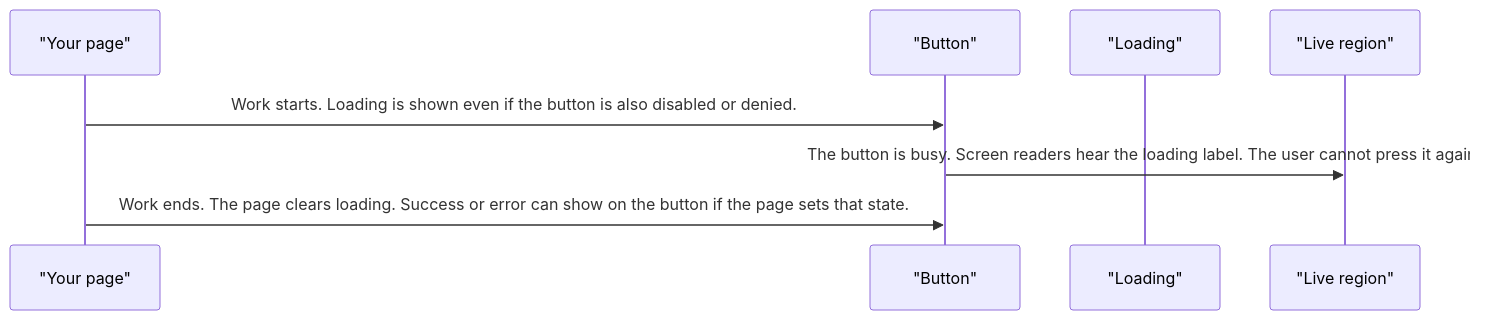
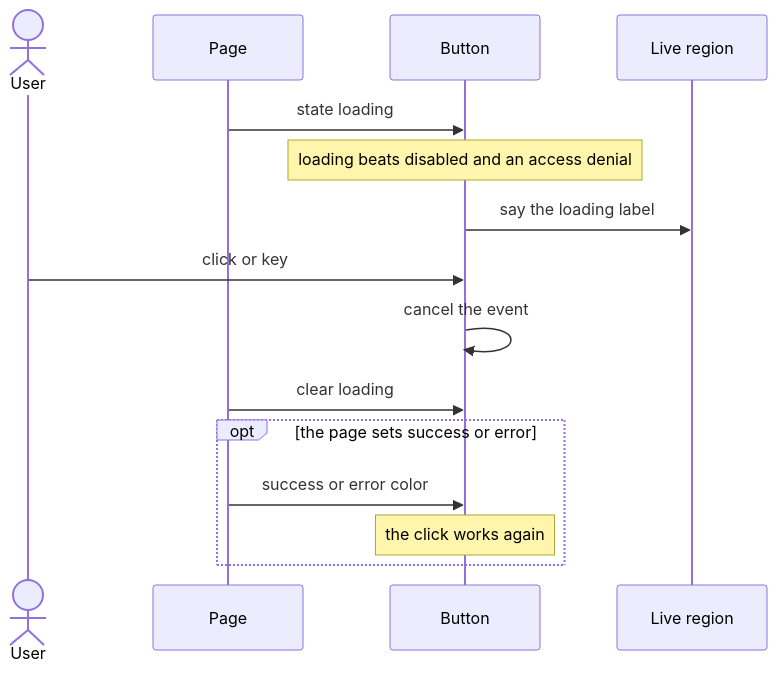
Before and after one commit to RajshekharBorate/pixel-ui: the fourth of 8 diagrams in projects/pixel-ui/src/lib/pixel-button/DESIGN.md, drawn with Mermaid. The commit also changed other lines of this file and 73 other files, not shown here.

Commit message:
Explain who owns each value and what each flow does in every component and service design.

````diff
--- a/projects/pixel-ui/src/lib/pixel-button/DESIGN.md
+++ b/projects/pixel-ui/src/lib/pixel-button/DESIGN.md
@@ -102,10 +157,18 @@
 ```mermaid
 sequenceDiagram
-  participant page as "Your page"
-  participant button as "Button"
-  participant loading as "Loading"
-  participant live as "Live region"
-  page->>button: Work starts. Loading is shown even if the button is also disabled or denied.
-  button->>live: The button is busy. Screen readers hear the loading label. The user cannot press it again.
-  page->>button: Work ends. The page clears loading. Success or error can show on the button if the page sets that state.
+  actor User
+  participant Page
+  participant Button
+  participant Live as Live region
+
+  Page->>Button: state loading
+  Note over Button: loading beats disabled and an access denial
+  Button->>Live: say the loading label
+  User->>Button: click or key
+  Button->>Button: cancel the event
+  Page->>Button: clear loading
+  opt the page sets success or error
+    Page->>Button: success or error color
+    Note over Button: the click works again
+  end
 ```
````
